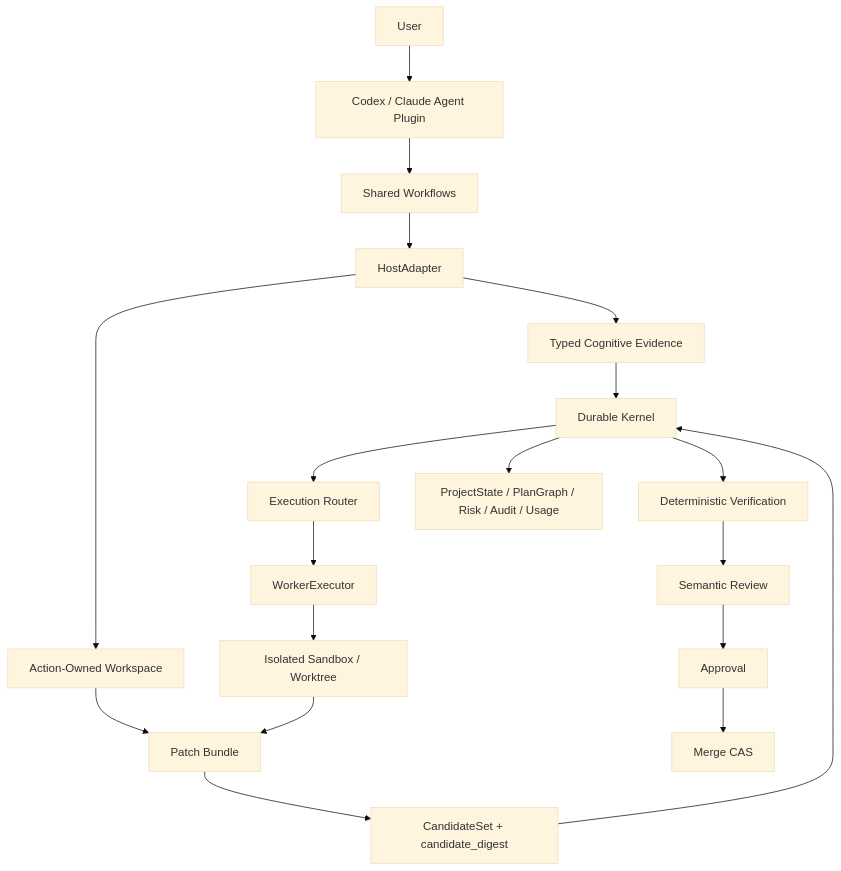
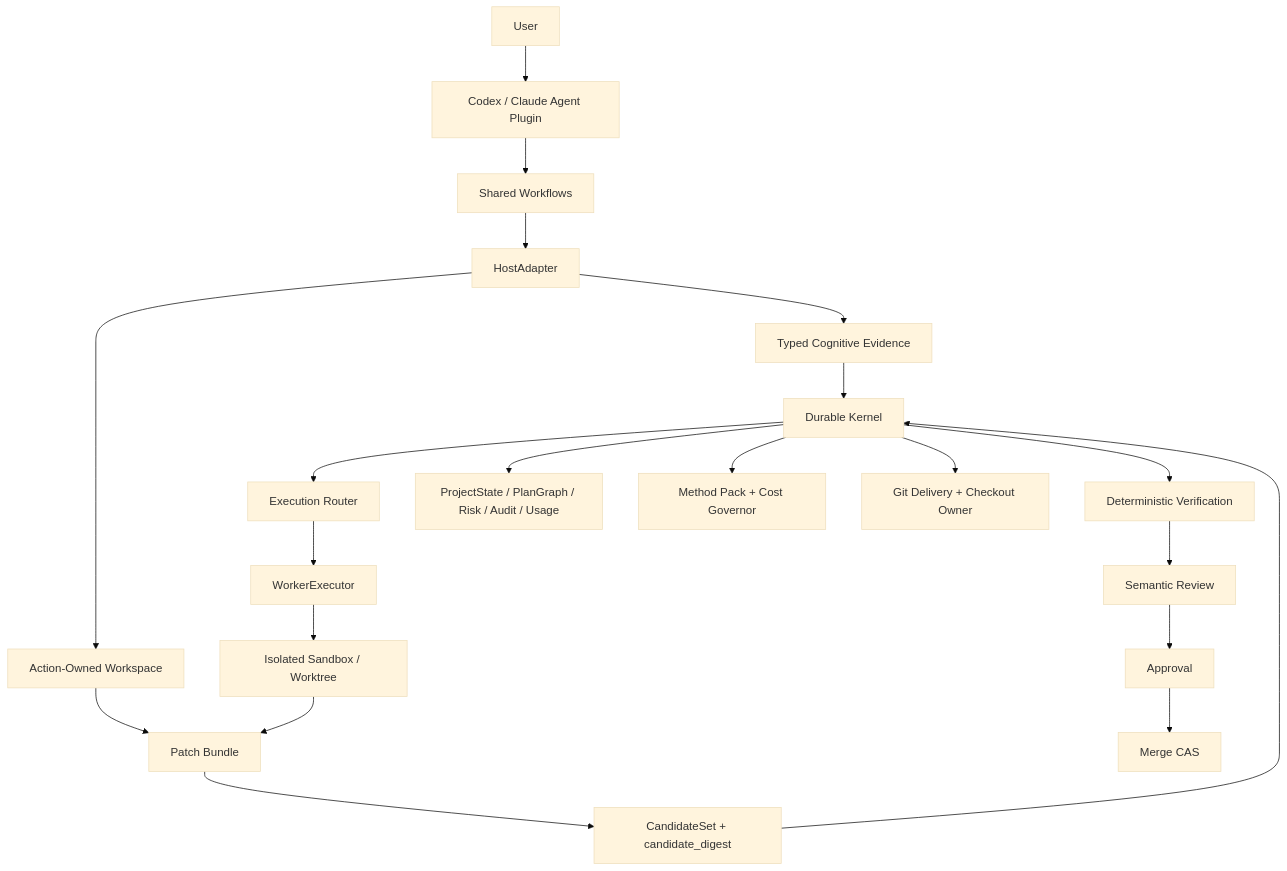
The diagram in README.md (d-wwei/apex-forge-v2), drawn with Mermaid (base theme) before and after one commit. The commit also changed other lines of this file and 494 other files, not shown here.

````diff
--- a/README.md
+++ b/README.md
@@ -44,25 +43,27 @@
 ```mermaid
 flowchart TD
     U["User"] --> P["Codex / Claude Agent Plugin"]
     P --> W["Shared Workflows"]
     W --> H["HostAdapter"]
     H --> C["Typed Cognitive Evidence"]
     H --> A["Action-Owned Workspace"]
 
     C --> K["Durable Kernel"]
     A --> B["Patch Bundle"]
     B --> S["CandidateSet + candidate_digest"]
     S --> K
 
     K --> V["Deterministic Verification"]
     V --> R["Semantic Review"]
     R --> AP["Approval"]
     AP --> M["Merge CAS"]
 
     K --> E["Execution Router"]
     E --> X["WorkerExecutor"]
     X --> I["Isolated Sandbox / Worktree"]
     I --> B
 
     K --> D["ProjectState / PlanGraph / Risk / Audit / Usage"]
+    K --> MP["Method Pack + Cost Governor"]
+    K --> GD["Git Delivery + Checkout Owner"]
 ```
````
